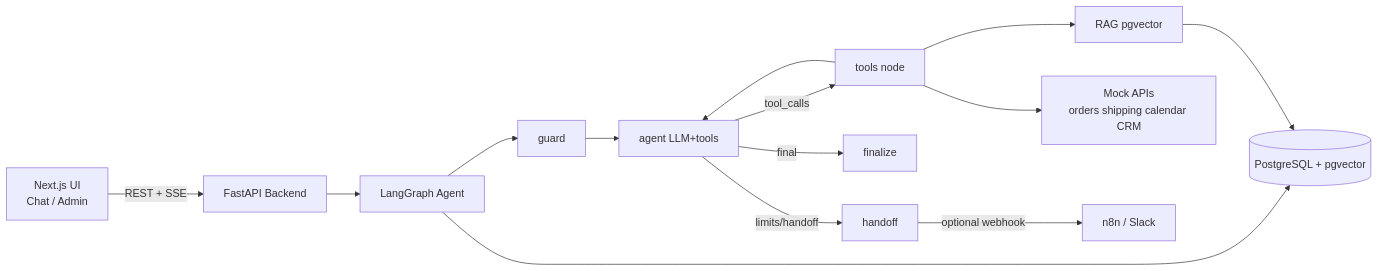
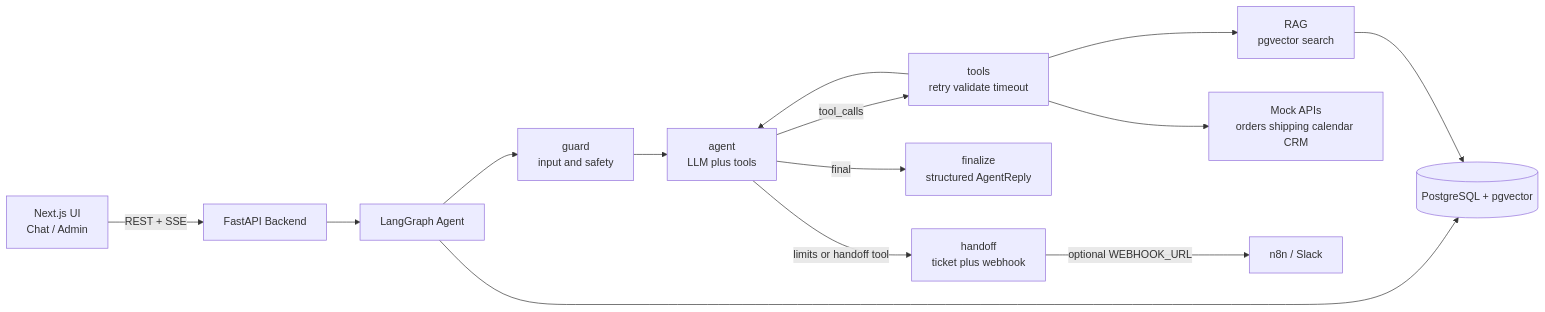
The diagram in docs/architecture.mmd (JionLin/supportpilot), drawn with Mermaid before and after one commit. The commit also changed 5 other files, not shown here.

```diff
--- a/docs/architecture.mmd
+++ b/docs/architecture.mmd
@@ -1,14 +1,14 @@
 flowchart LR
   UI[Next.js UI<br/>Chat / Admin] -->|REST + SSE| API[FastAPI Backend]
   API --> G[LangGraph Agent]
-  G --> Guard[guard]
-  Guard --> Agent[agent LLM+tools]
-  Agent -->|tool_calls| Tools[tools node]
+  G --> Guard[guard<br/>input and safety]
+  Guard --> Agent[agent<br/>LLM plus tools]
+  Agent -->|tool_calls| Tools[tools<br/>retry validate timeout]
   Tools --> Agent
-  Agent -->|final| Finalize[finalize]
-  Agent -->|limits/handoff| Handoff[handoff]
-  Tools --> RAG[RAG pgvector]
+  Agent -->|final| Finalize[finalize<br/>structured AgentReply]
+  Agent -->|limits or handoff tool| Handoff[handoff<br/>ticket plus webhook]
+  Tools --> RAG[RAG<br/>pgvector search]
   Tools --> Mock[Mock APIs<br/>orders shipping calendar CRM]
   G --> PG[(PostgreSQL + pgvector)]
   RAG --> PG
-  Handoff -->|optional webhook| Ext[n8n / Slack]
+  Handoff -->|optional WEBHOOK_URL| Ext[n8n / Slack]
```
